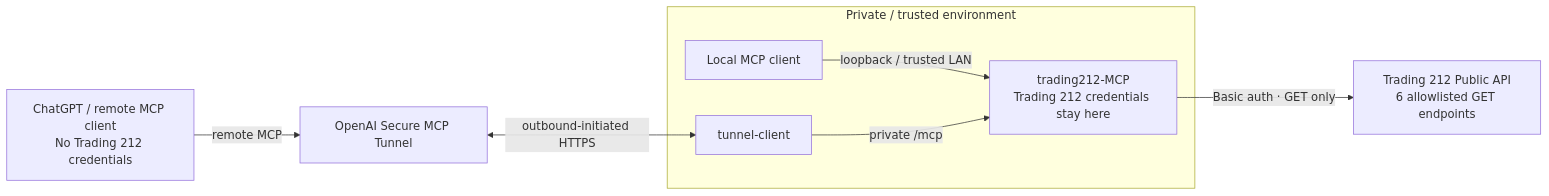
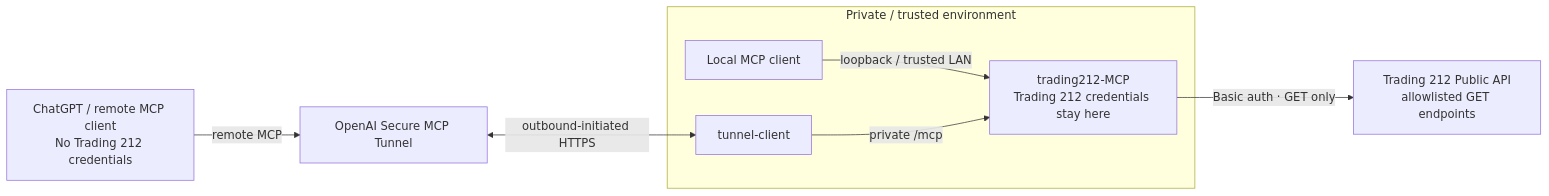
The diagram in README.md (Nerfagol/trading212-MCP), drawn with Mermaid before and after one commit. The commit also changed other lines of this file and 30 other files, not shown here.

````diff
--- a/README.md
+++ b/README.md
@@ -16,20 +16,20 @@
 ```mermaid
 flowchart LR
     Remote["ChatGPT / remote MCP client<br/>No Trading 212 credentials"]
     OpenAI["OpenAI Secure MCP Tunnel"]
 
     subgraph Private["Private / trusted environment"]
         Local["Local MCP client"]
         Tunnel["tunnel-client"]
         Server["trading212-MCP<br/>Trading 212 credentials stay here"]
 
         Local -->|"loopback / trusted LAN"| Server
         Tunnel -->|"private /mcp"| Server
     end
 
-    API["Trading 212 Public API<br/>6 allowlisted GET endpoints"]
+    API["Trading 212 Public API<br/>allowlisted GET endpoints"]
 
     Remote -->|"remote MCP"| OpenAI
     OpenAI <-->|"outbound-initiated HTTPS"| Tunnel
     Server -->|"Basic auth · GET only"| API
 ```
````
